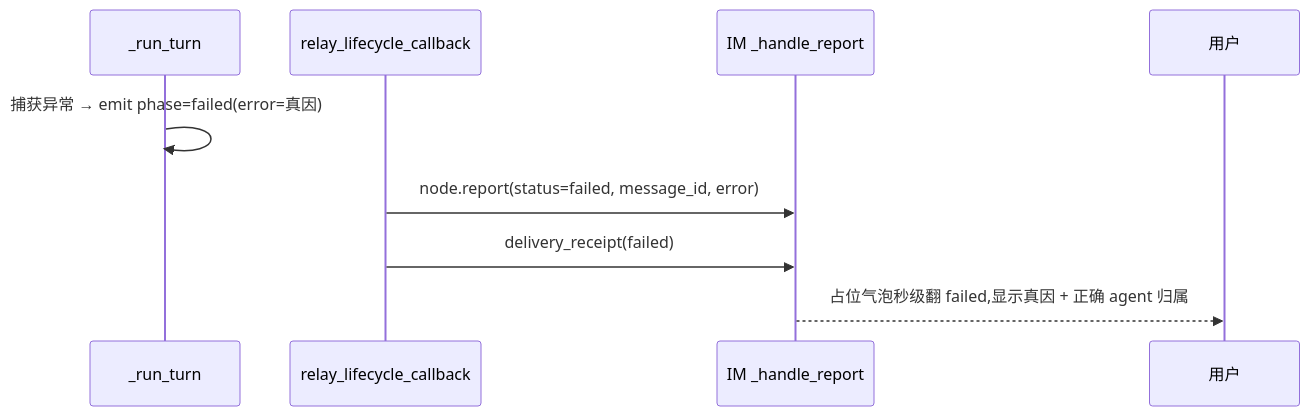
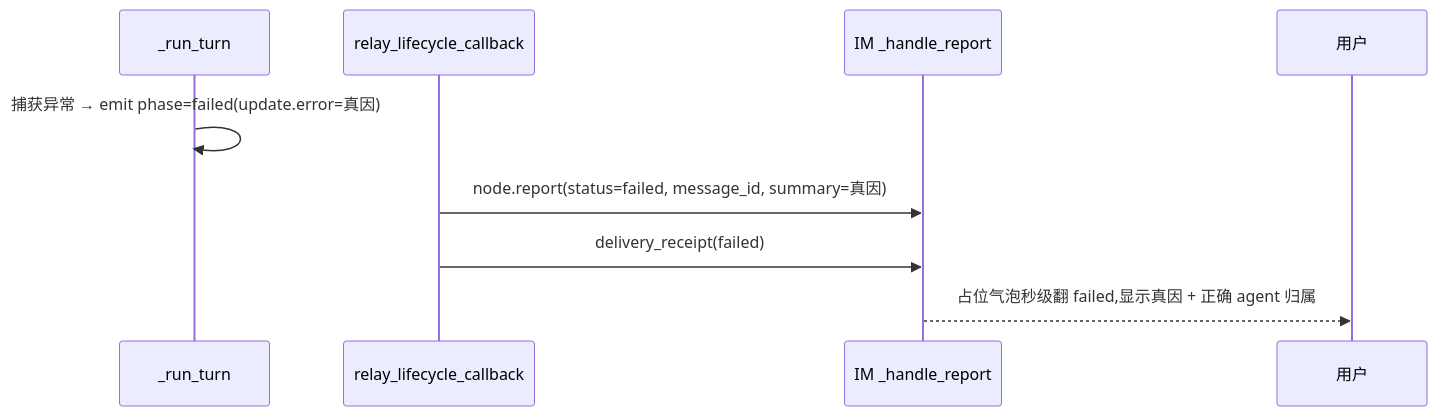
One commit to Mrchen116/nano-multiagent changed the third of 3 diagrams in docs/changes/bugfix-437-compaction-workspace-root-crash/design.md. Above: the diagram before and after it, drawn with Mermaid. The commit also changed other lines of this file and 1 other file, not shown here.

````diff
--- a/docs/changes/bugfix-437-compaction-workspace-root-crash/design.md
+++ b/docs/changes/bugfix-437-compaction-workspace-root-crash/design.md
@@ -135,11 +137,11 @@
 ```mermaid
 sequenceDiagram
   participant RT as _run_turn
   participant CB as relay_lifecycle_callback
   participant IM as IM _handle_report
   participant U as 用户
-  RT->>RT: 捕获异常 → emit phase=failed(error=真因)
-  CB->>IM: node.report(status=failed, message_id, error)  # 新增 message 级
+  RT->>RT: 捕获异常 → emit phase=failed(update.error=真因)
+  CB->>IM: node.report(status=failed, message_id, summary=真因)  # 新增 message 级
   CB->>IM: delivery_receipt(failed)  # 既有,保留
   IM-->>U: 占位气泡秒级翻 failed,显示真因 + 正确 agent 归属
 ```
````
